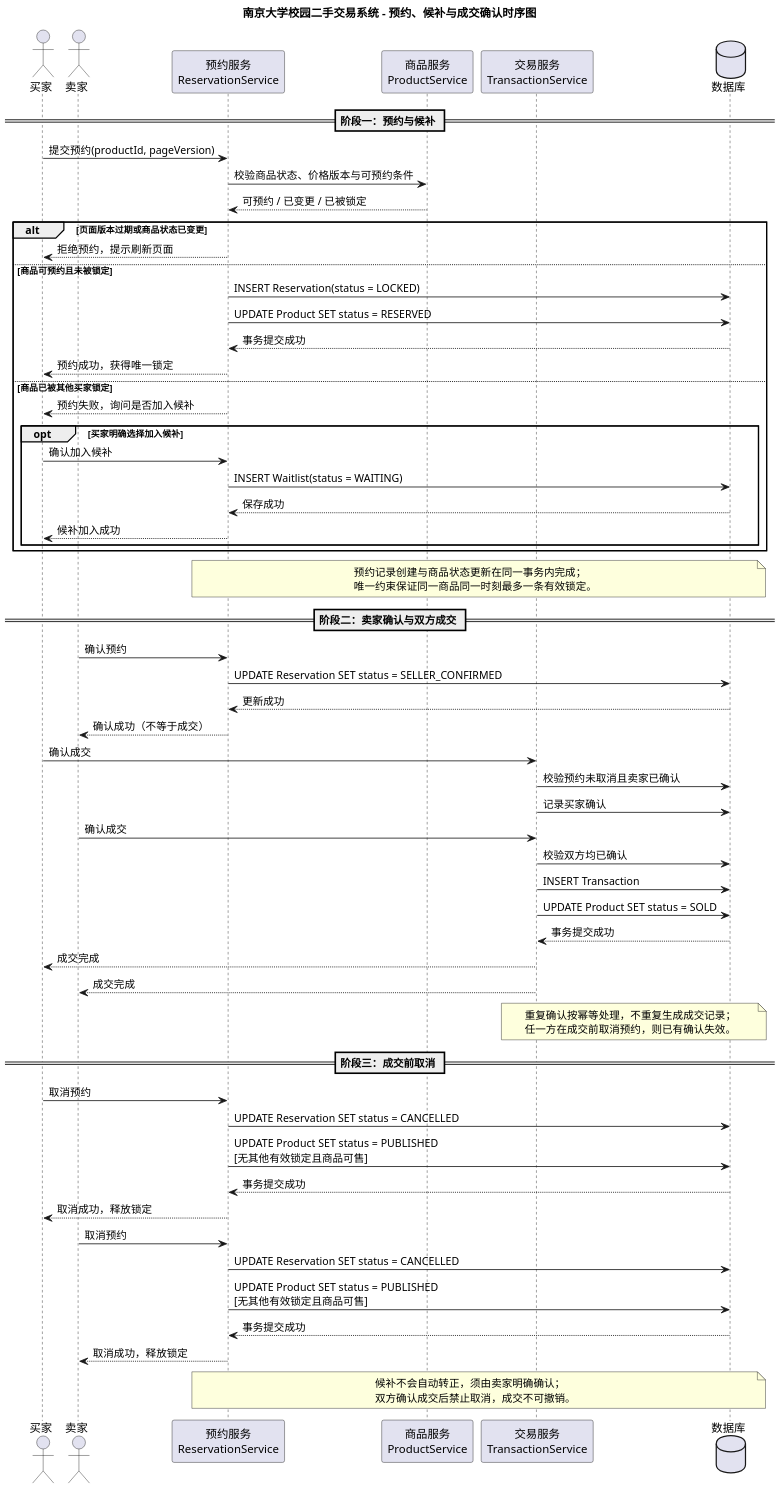
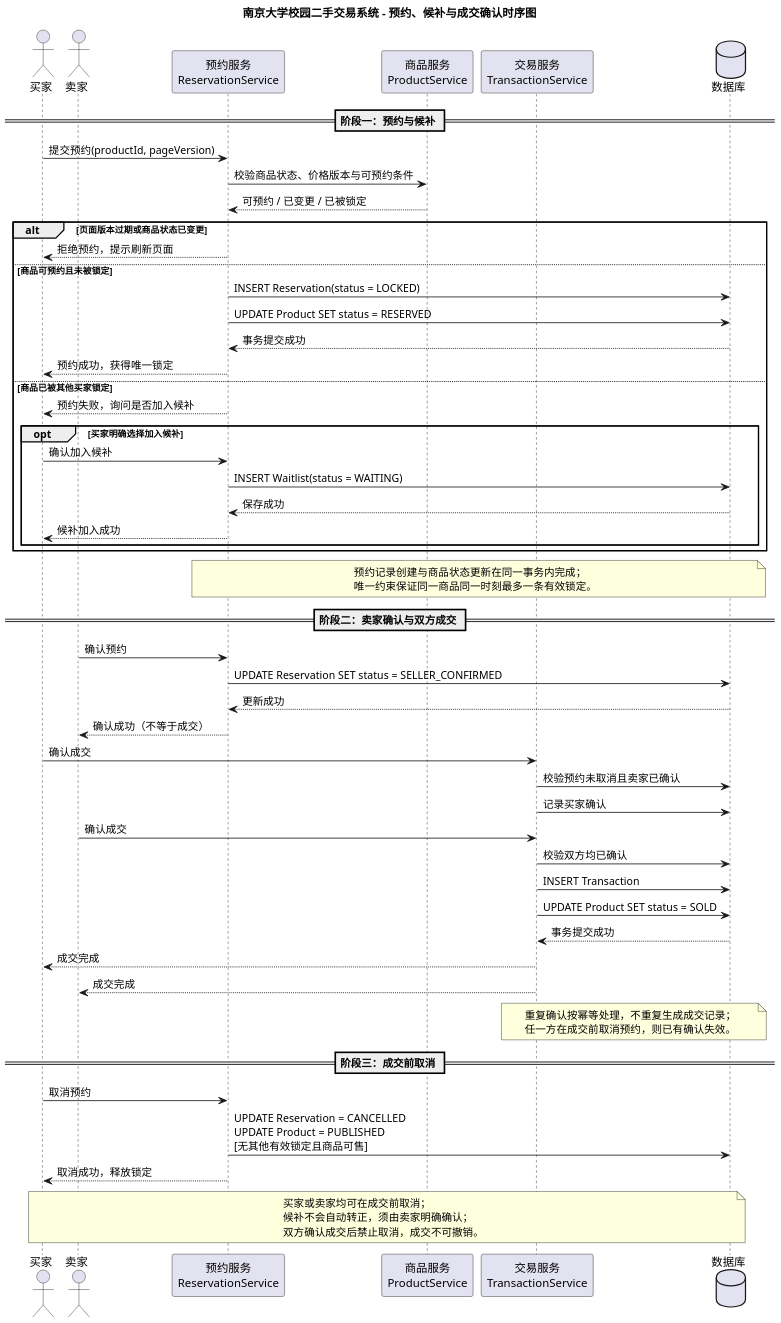
The diagram in lab2/UML/UML时序图-预约与候补.puml (235826/secondhand-marketplace), drawn with PlantUML before and after one commit. The commit also changed 6 other files, not shown here.

Commit message:
lab2: improve diagram readability and compact use case model

```diff
--- a/lab2/UML/UML时序图-预约与候补.puml
+++ b/lab2/UML/UML时序图-预约与候补.puml
@@ -1,84 +1,77 @@
 @startuml UML时序图-预约与候补
 skinparam defaultFontName "PingFang SC"
 skinparam dpi 150
 title 南京大学校园二手交易系统 - 预约、候补与成交确认时序图
 
 actor "买家" as Buyer
 actor "卖家" as Seller
 participant "预约服务\nReservationService" as RS
 participant "商品服务\nProductService" as PS
 participant "交易服务\nTransactionService" as TS
 database "数据库" as DB
 
 == 阶段一：预约与候补 ==
 
 Buyer -> RS : 提交预约(productId, pageVersion)
 RS -> PS : 校验商品状态、价格版本与可预约条件
 PS --> RS : 可预约 / 已变更 / 已被锁定
 
 alt 页面版本过期或商品状态已变更
   RS --> Buyer : 拒绝预约，提示刷新页面
 else 商品可预约且未被锁定
   RS -> DB : INSERT Reservation(status = LOCKED)
   RS -> DB : UPDATE Product SET status = RESERVED
   DB --> RS : 事务提交成功
   RS --> Buyer : 预约成功，获得唯一锁定
 else 商品已被其他买家锁定
   RS --> Buyer : 预约失败，询问是否加入候补
   opt 买家明确选择加入候补
     Buyer -> RS : 确认加入候补
     RS -> DB : INSERT Waitlist(status = WAITING)
     DB --> RS : 保存成功
     RS --> Buyer : 候补加入成功
   end
 end
 
 note over RS, DB
   预约记录创建与商品状态更新在同一事务内完成；
   唯一约束保证同一商品同一时刻最多一条有效锁定。
 end note
 
 == 阶段二：卖家确认与双方成交 ==
 
 Seller -> RS : 确认预约
 RS -> DB : UPDATE Reservation SET status = SELLER_CONFIRMED
 DB --> RS : 更新成功
 RS --> Seller : 确认成功（不等于成交）
 
 Buyer -> TS : 确认成交
 TS -> DB : 校验预约未取消且卖家已确认
 TS -> DB : 记录买家确认
 
 Seller -> TS : 确认成交
 TS -> DB : 校验双方均已确认
 TS -> DB : INSERT Transaction
 TS -> DB : UPDATE Product SET status = SOLD
 DB --> TS : 事务提交成功
 TS --> Buyer : 成交完成
 TS --> Seller : 成交完成
 
 note over TS, DB
   重复确认按幂等处理，不重复生成成交记录；
   任一方在成交前取消预约，则已有确认失效。
 end note
 
 == 阶段三：成交前取消 ==
 
 Buyer -> RS : 取消预约
-RS -> DB : UPDATE Reservation SET status = CANCELLED
-RS -> DB : UPDATE Product SET status = PUBLISHED\n[无其他有效锁定且商品可售]
-DB --> RS : 事务提交成功
+RS -> DB : UPDATE Reservation = CANCELLED\nUPDATE Product = PUBLISHED\n[无其他有效锁定且商品可售]
 RS --> Buyer : 取消成功，释放锁定
 
-Seller -> RS : 取消预约
-RS -> DB : UPDATE Reservation SET status = CANCELLED
-RS -> DB : UPDATE Product SET status = PUBLISHED\n[无其他有效锁定且商品可售]
-DB --> RS : 事务提交成功
-RS --> Seller : 取消成功，释放锁定
-
-note over RS, DB
+note over Buyer, DB
+  买家或卖家均可在成交前取消；
   候补不会自动转正，须由卖家明确确认；
   双方确认成交后禁止取消，成交不可撤销。
 end note
 
 @enduml
```
